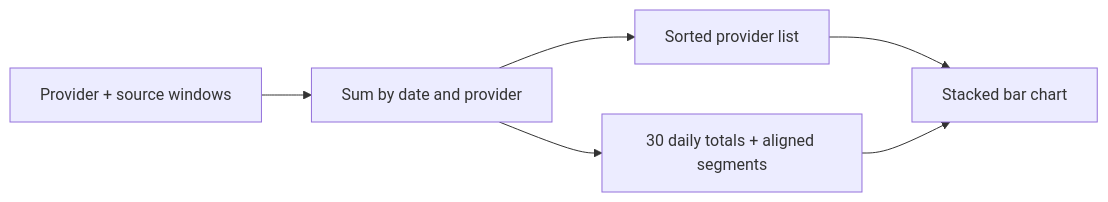
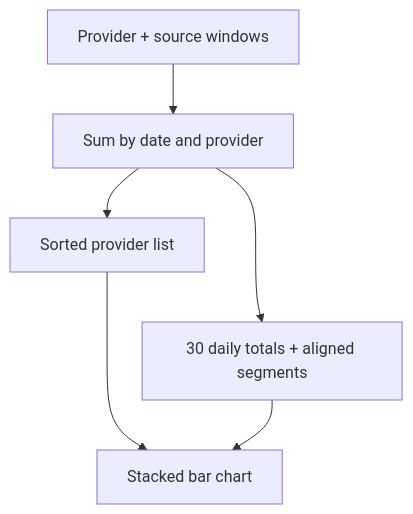
One commit to ErickCReis/ErickCReis changed the third of 3 diagrams in web/content/blog/agent-token-usage-as-a-first-class-stat.mdx. Above: the diagram before and after it, drawn with Mermaid. The commit also changed other lines of this file and 21 other files, not shown here.

First line of the commit message:
Improve Mermaid diagram readability across blog posts

````diff
--- a/web/content/blog/agent-token-usage-as-a-first-class-stat.mdx
+++ b/web/content/blog/agent-token-usage-as-a-first-class-stat.mdx
@@ -120,8 +118,9 @@
 ```mermaid center
-flowchart LR
+flowchart TB
   Sources["Provider + source windows"] --> Merge["Sum by date and provider"]
   Merge --> Providers["Sorted provider list"]
   Merge --> Daily["30 daily totals + aligned segments"]
+  Providers ~~~ Daily
   Providers --> Bars["Stacked bar chart"]
   Daily --> Bars
 ```
````
